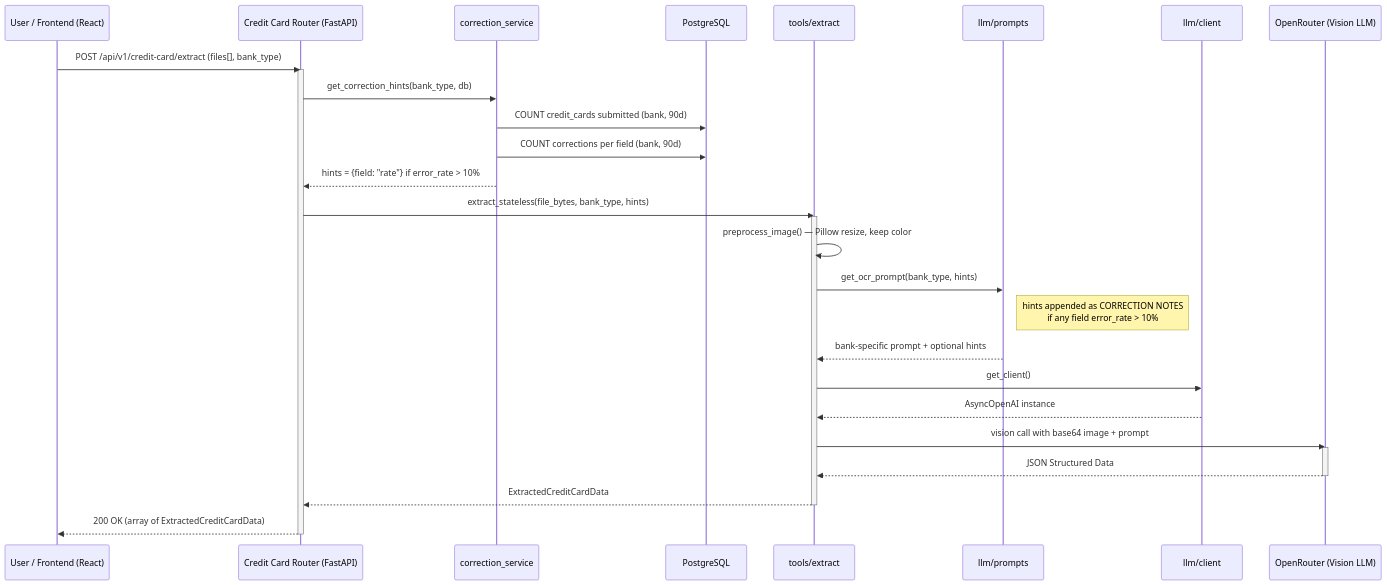
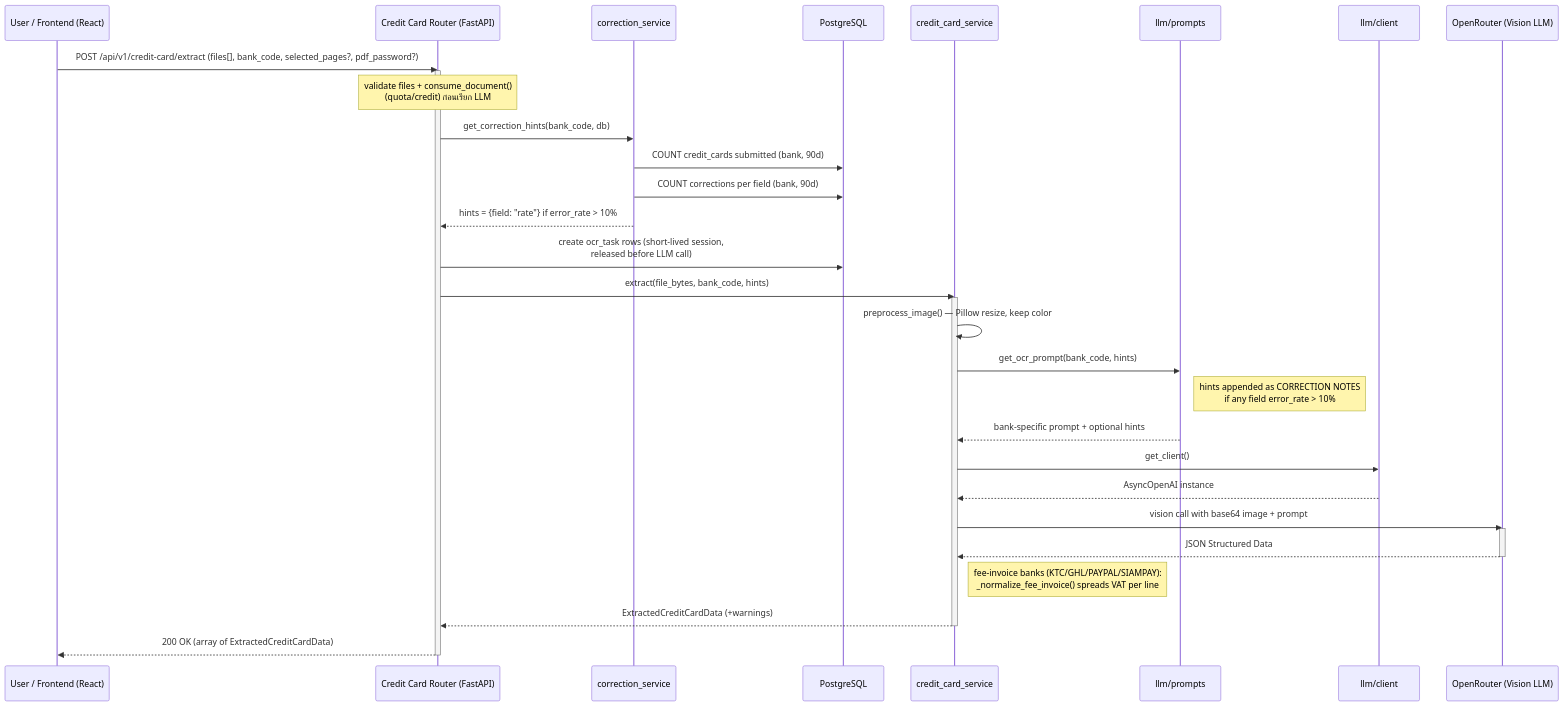
One commit to developer-carmensoftware/OCR changed the third of 8 diagrams in docs/Software_Requirements_Specification.md. Above: the diagram before and after it, drawn with Mermaid. The commit also changed other lines of this file and 17 other files, not shown here.

````diff
--- a/docs/Software_Requirements_Specification.md
+++ b/docs/Software_Requirements_Specification.md
@@ -158,36 +165,39 @@
 ```mermaid
 sequenceDiagram
     participant User as User / Frontend (React)
     participant Router as Credit Card Router (FastAPI)
     participant CorrSvc as correction_service
     participant DB as PostgreSQL
-    participant Tool as tools/extract
+    participant Svc as credit_card_service
     participant Prompts as llm/prompts
     participant Client as llm/client
     participant LLM as OpenRouter (Vision LLM)
 
-    User->>Router: POST /api/v1/credit-card/extract (files[], bank_type)
+    User->>Router: POST /api/v1/credit-card/extract (files[], bank_code, selected_pages?, pdf_password?)
     activate Router
 
-    Router->>CorrSvc: get_correction_hints(bank_type, db)
+    Note over Router: validate files + consume_document()<br/>(quota/credit) ก่อนเรียก LLM
+    Router->>CorrSvc: get_correction_hints(bank_code, db)
     CorrSvc->>DB: COUNT credit_cards submitted (bank, 90d)
     CorrSvc->>DB: COUNT corrections per field (bank, 90d)
     CorrSvc-->>Router: hints = {field: "rate"} if error_rate > 10%
+    Router->>DB: create ocr_task rows (short-lived session,<br/>released before LLM call)
 
-    Router->>Tool: extract_stateless(file_bytes, bank_type, hints)
-    activate Tool
-    Tool->>Tool: preprocess_image() — Pillow resize, keep color
-    Tool->>Prompts: get_ocr_prompt(bank_type, hints)
+    Router->>Svc: extract(file_bytes, bank_code, hints)
+    activate Svc
+    Svc->>Svc: preprocess_image() — Pillow resize, keep color
+    Svc->>Prompts: get_ocr_prompt(bank_code, hints)
     Note right of Prompts: hints appended as CORRECTION NOTES<br/>if any field error_rate > 10%
-    Prompts-->>Tool: bank-specific prompt + optional hints
-    Tool->>Client: get_client()
-    Client-->>Tool: AsyncOpenAI instance
-    Tool->>LLM: vision call with base64 image + prompt
+    Prompts-->>Svc: bank-specific prompt + optional hints
+    Svc->>Client: get_client()
+    Client-->>Svc: AsyncOpenAI instance
+    Svc->>LLM: vision call with base64 image + prompt
     activate LLM
-    LLM-->>Tool: JSON Structured Data
+    LLM-->>Svc: JSON Structured Data
     deactivate LLM
-    Tool-->>Router: ExtractedCreditCardData
-    deactivate Tool
+    Note right of Svc: fee-invoice banks (KTC/GHL/PAYPAL/SIAMPAY):<br/>_normalize_fee_invoice() spreads VAT per line
+    Svc-->>Router: ExtractedCreditCardData (+warnings)
+    deactivate Svc
     Router-->>User: 200 OK (array of ExtractedCreditCardData)
     deactivate Router
 ```
````
